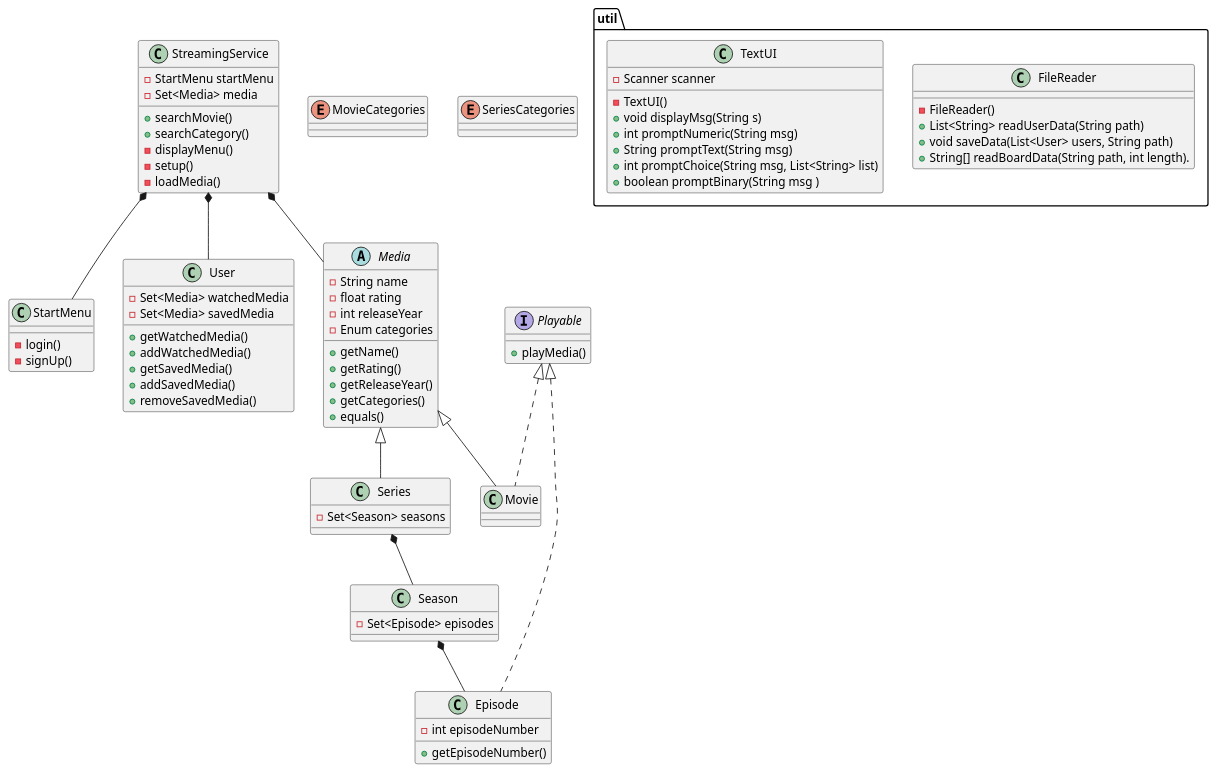
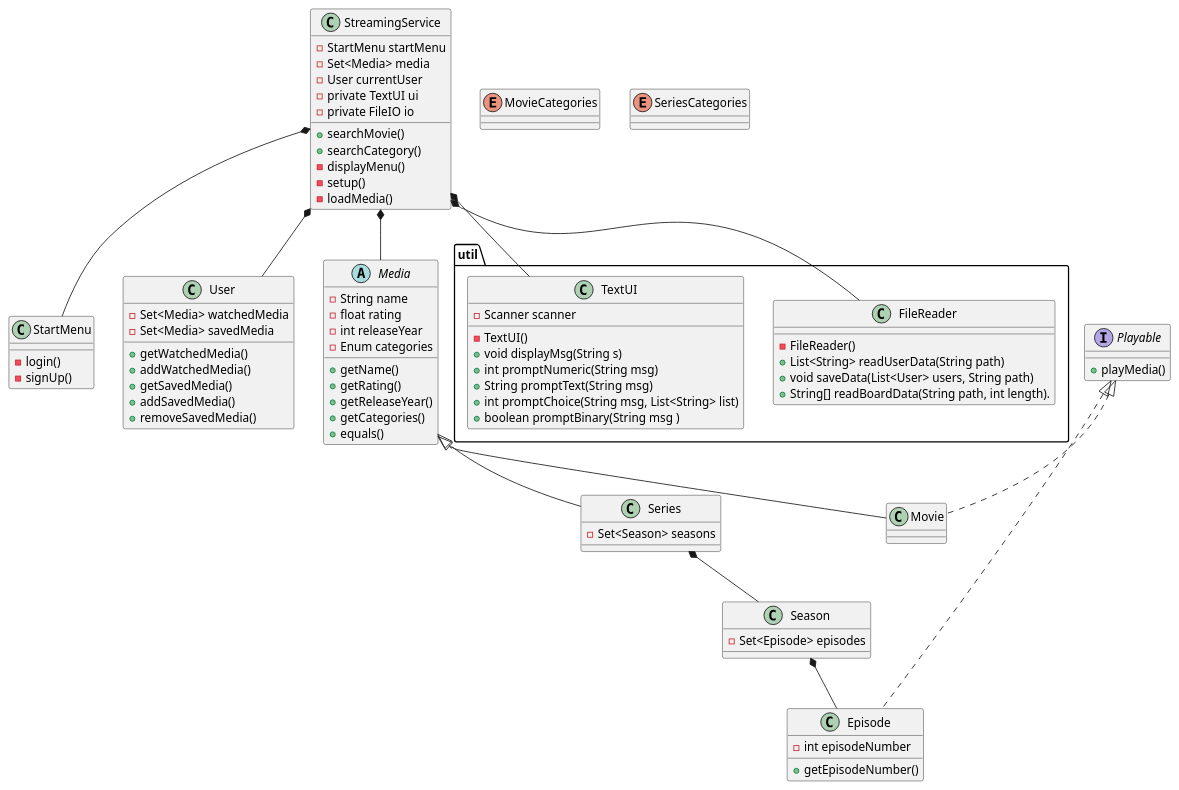
Before and after one commit to SP3-team-a-e2024/SP3: the diagram in doc/classModel.puml, drawn with PlantUML. The commit also changed 1 other file, not shown here.

Commit message:
updates to class model to add changes to StreamingService.java implemented StreamingService.java as noted in classModel.puml added logic for setup()

```diff
--- a/doc/classModel.puml
+++ b/doc/classModel.puml
@@ -1,96 +1,101 @@
 @startuml
 
 Class StreamingService
 {
 - StartMenu startMenu
 - Set<Media> media
+- User currentUser
+- private TextUI ui
+- private FileIO io
 + searchMovie()
 + searchCategory()
 - displayMenu()
 - setup()
 - loadMedia()
 }
 package "util" {
     Class FileReader {
     - FileReader()
     + List<String> readUserData(String path)
     + void saveData(List<User> users, String path)
     + String[] readBoardData(String path, int length).
     }
 
     Class TextUI {
     - TextUI()
     - Scanner scanner
     + void displayMsg(String s)
     + int promptNumeric(String msg)
     + String promptText(String msg)
     + int promptChoice(String msg, List<String> list)
     + boolean promptBinary(String msg )
     }
 }
 
 Class StartMenu{
 - login()
 - signUp()
 }
 
 Class User {
 - Set<Media> watchedMedia
 - Set<Media> savedMedia
 + getWatchedMedia()
 + addWatchedMedia()
 + getSavedMedia()
 + addSavedMedia()
 + removeSavedMedia()
 }
 
 Enum MovieCategories {
 
 }
 
 Enum SeriesCategories {
 }
 
 Abstract Media {
 - String name
 - float rating
 - int releaseYear
 - Enum categories
 
 + getName()
 + getRating()
 + getReleaseYear()
 + getCategories()
 + equals()
 }
 
 Interface Playable {
 + playMedia()
 }
 
 Class Movie extends Media implements Playable {
 
 }
 
 Class Series extends Media {
 - Set<Season> seasons
 }
 
 Class Season {
 - Set<Episode> episodes
 }
 
 Class Episode implements Playable {
 - int episodeNumber
 + getEpisodeNumber()
 }
 
 StreamingService *-- Media
 StreamingService *-- User
 StreamingService *-- StartMenu
+StreamingService *-- TextUI
+StreamingService *-- FileReader
 
 Series *-- Season
 
 Season *-- Episode
 
 @enduml
```
